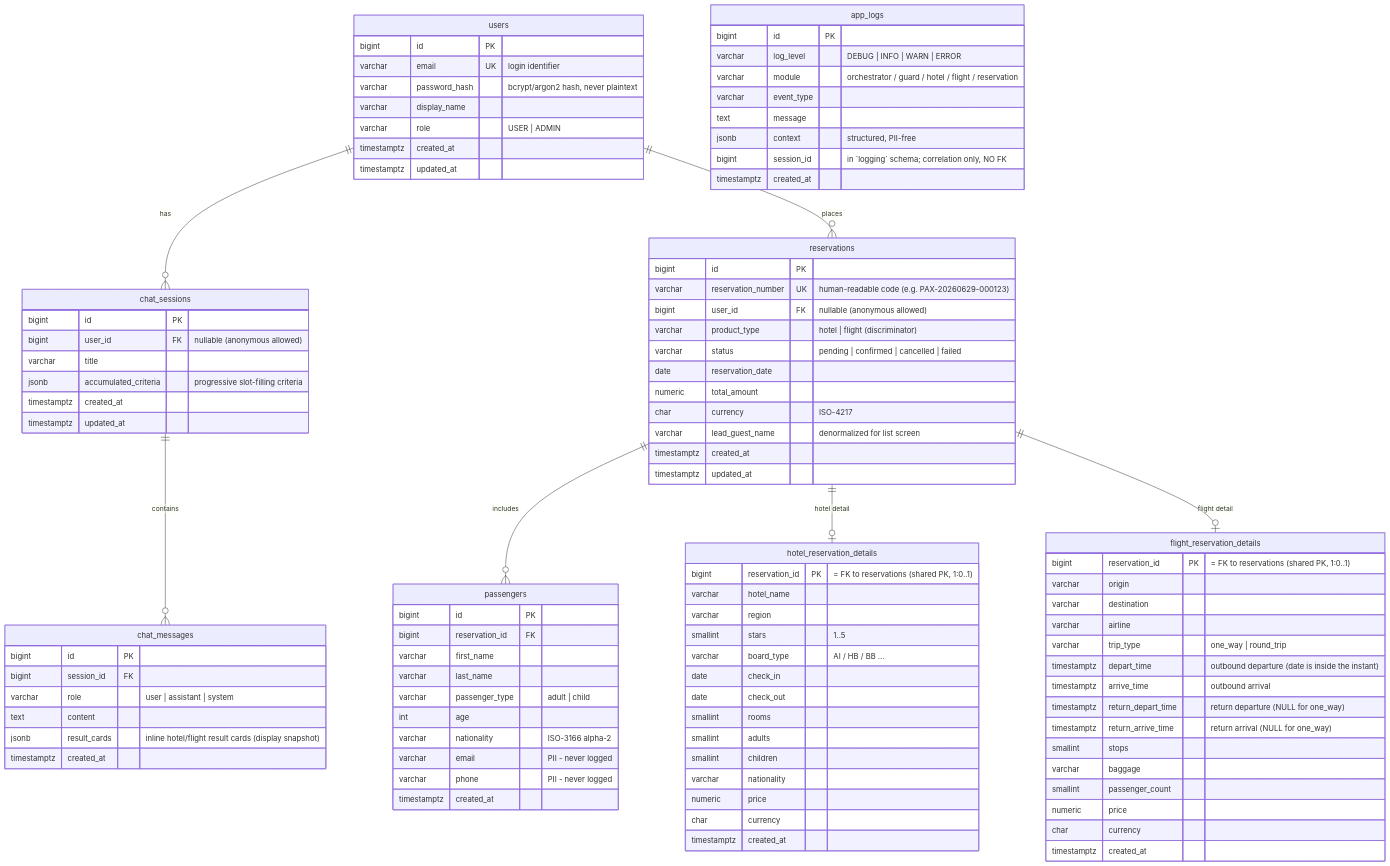
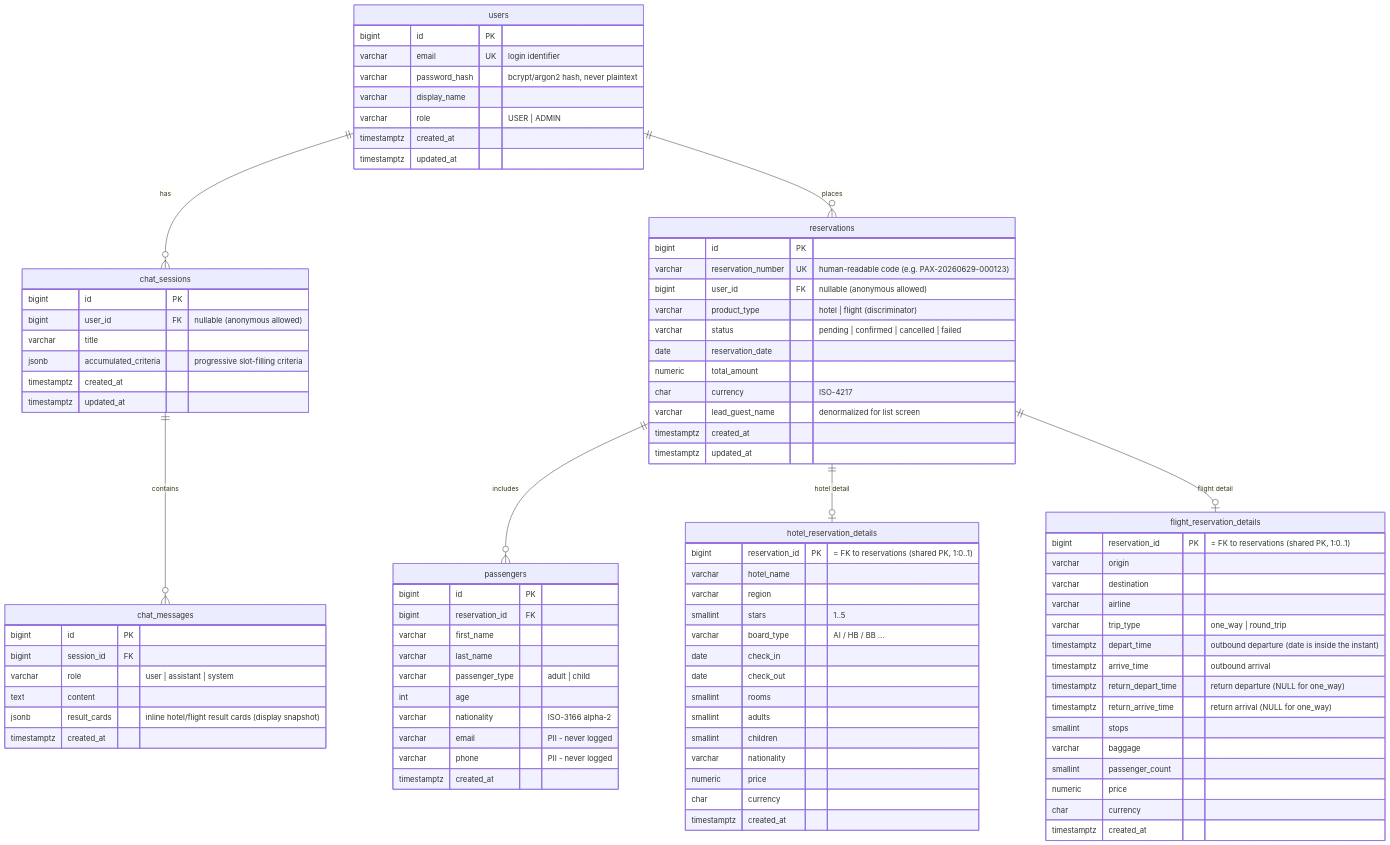
One commit to Zehra03/tv-chatbot changed the diagram in docs/database-er-diagram.md. Above: the diagram before and after it, drawn with Mermaid. The commit also changed other lines of this file and 2 other files, not shown here.

First line of the commit message:
refactor(common): loglar için ölü LogDB şemasını düşür

````diff
--- a/docs/database-er-diagram.md
+++ b/docs/database-er-diagram.md
@@ -113,14 +113,4 @@
         timestamptz created_at
     }
 
-    app_logs {
-        bigint id PK
-        varchar log_level "DEBUG | INFO | WARN | ERROR"
-        varchar module "orchestrator / guard / hotel / flight / reservation"
-        varchar event_type
-        text message
-        jsonb context "structured, PII-free"
-        bigint session_id "in `logging` schema; correlation only, NO FK"
-        timestamptz created_at
-    }
 ```
````
